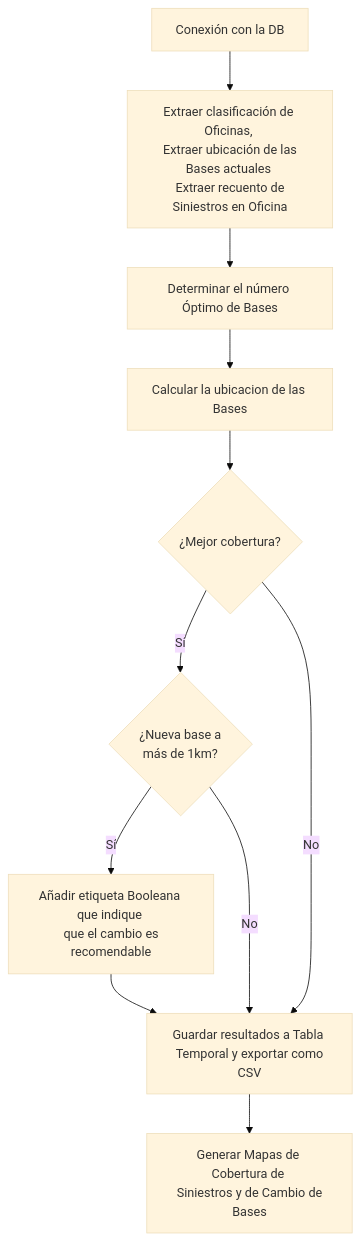
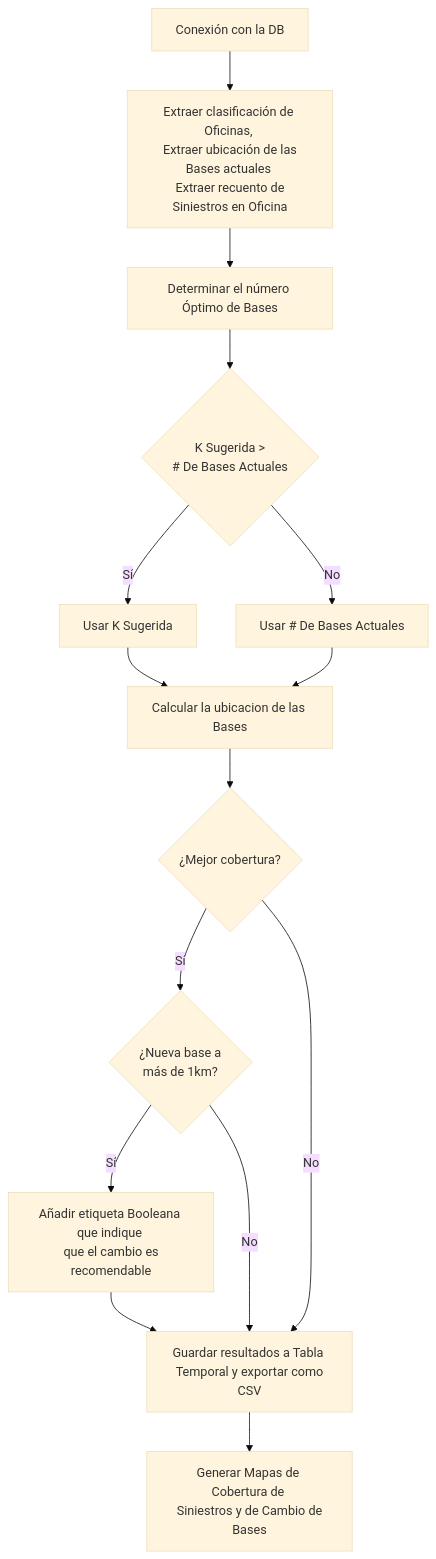
Before and after one commit to yakincc/linked-blog-starter-md: the diagram in Proyectos/Proyecto de Modificación a las Bases de Ajuste.md, drawn with Mermaid (base theme).

Commit message:
vault backup: 2024-11-19 11:04:23

````diff
--- a/Proyectos/Proyecto de Modificación a las Bases de Ajuste.md
+++ b/Proyectos/Proyecto de Modificación a las Bases de Ajuste.md
@@ -45,13 +45,17 @@
 ```mermaid
 graph TD
 	A[Conexión con la DB] --> B[Extraer clasificación de Oficinas, <br> Extraer ubicación de las Bases actuales <br> Extraer recuento de Siniestros en Oficina] 
 	B --> E[Determinar el número Óptimo de Bases]
-	E --> F[Calcular la ubicacion de las Bases]
+	E --> C{K Sugerida > <br> # De Bases Actuales}
+	C --> |Sí| D[Usar K Sugerida]
+	C --> |No| L[Usar # De Bases Actuales]
+	D --> F[Calcular la ubicacion de las Bases]
+	L --> F
 	F --> G{¿Mejor cobertura?}
 	G -->|Sí| H{¿Nueva base a <br> más de 1km?} 
 		H -->|Sí| J[Añadir etiqueta Booleana que indique <br> que el cambio es recomendable]
 		H -->|No|I[Guardar resultados a Tabla <br> Temporal y exportar como CSV] 
 	G -->|No| I
 	J --> I
 	I --> K[Generar Mapas de Cobertura de <br> Siniestros y de Cambio de Bases]
 ```
````
